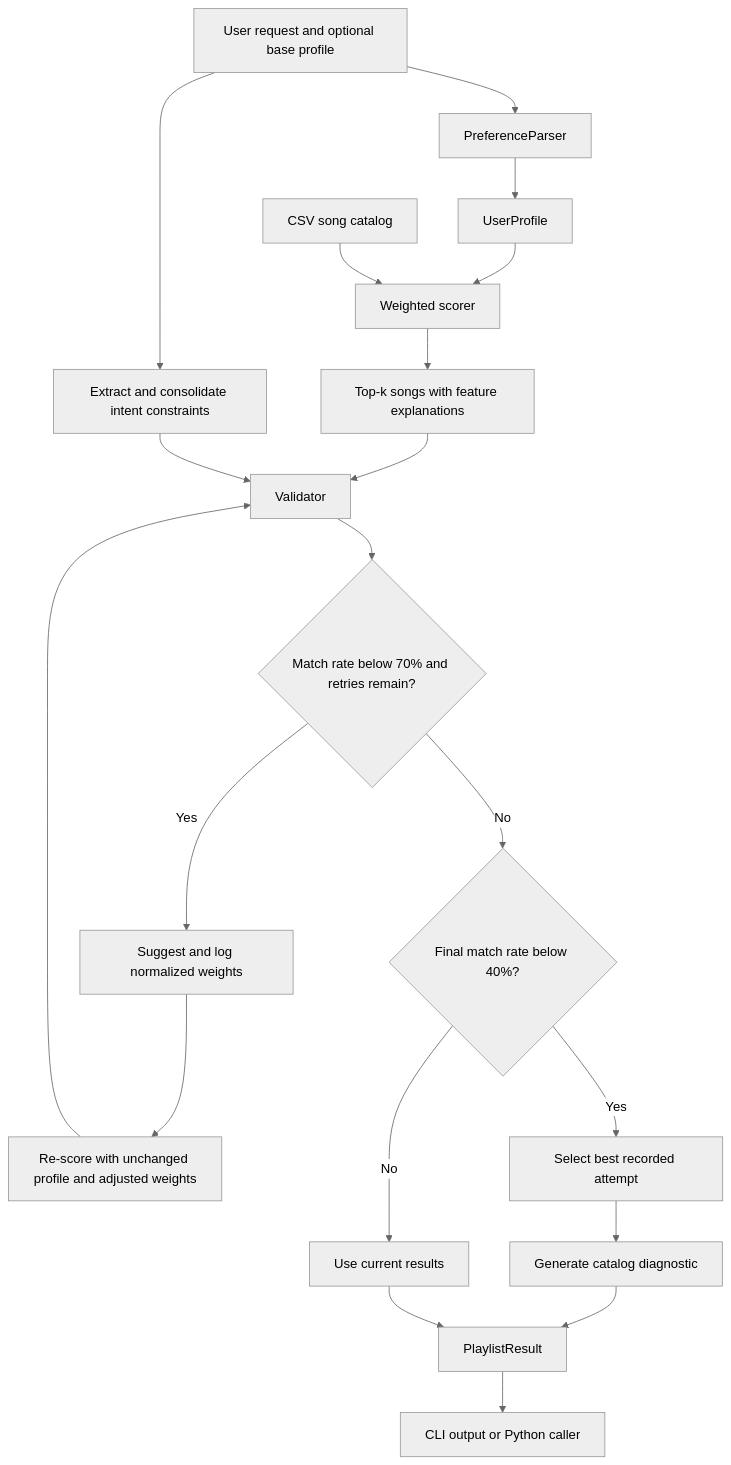
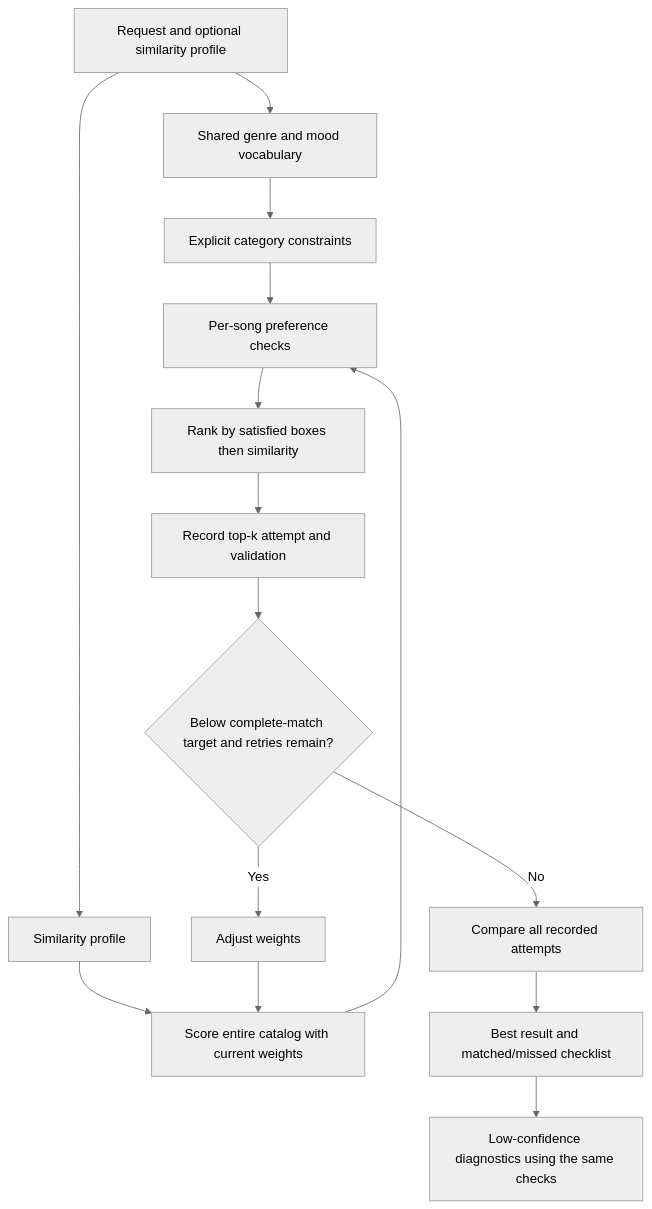
The diagram in diagrams/system_diagram.md (ZachR36/applied-ai-system-project), drawn with Mermaid (neutral theme) before and after one commit. The commit also changed other lines of this file and 8 other files, not shown here.

Commit message:
Updated validator to account for all preferences instead of just energy. And the best songs from all rounds of scoring are used, instead of using the last round when no perfect matches are found

````diff
--- a/diagrams/system_diagram.md
+++ b/diagrams/system_diagram.md
@@ -5,22 +5,17 @@
 ```mermaid
 flowchart TD
-    A[User request and optional base profile] --> B[PreferenceParser]
-    B --> C[UserProfile]
-    C --> D[Weighted scorer]
-    Catalog[CSV song catalog] --> D
-    D --> E[Top-k songs with feature explanations]
-    A --> F[Extract and consolidate intent constraints]
-    E --> G[Validator]
-    F --> G
-    G --> H{Match rate below 70% and retries remain?}
-    H -->|Yes| I[Suggest and log normalized weights]
-    I --> J[Re-score with unchanged profile and adjusted weights]
-    J --> G
-    H -->|No| K{Final match rate below 40%?}
-    K -->|Yes| L[Select best recorded attempt]
-    L --> M[Generate catalog diagnostic]
-    K -->|No| N[Use current results]
-    M --> O[PlaylistResult]
-    N --> O
-    O --> P[CLI output or Python caller]
+    A[Request and optional similarity profile] --> B[Shared genre and mood vocabulary]
+    B --> C[Explicit category constraints]
+    A --> D[Similarity profile]
+    D --> E[Score entire catalog with current weights]
+    C --> F[Per-song preference checks]
+    E --> F
+    F --> G[Rank by satisfied boxes then similarity]
+    G --> H[Record top-k attempt and validation]
+    H --> I{Below complete-match target and retries remain?}
+    I -->|Yes| J[Adjust weights]
+    J --> E
+    I -->|No| K[Compare all recorded attempts]
+    K --> L[Best result and matched/missed checklist]
+    L --> M[Low-confidence diagnostics using the same checks]
 ```
````
